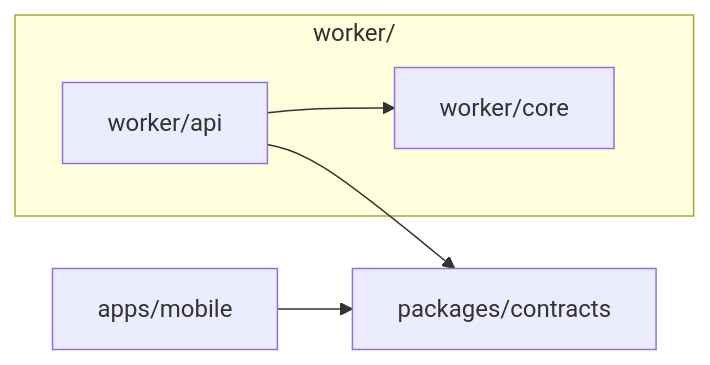
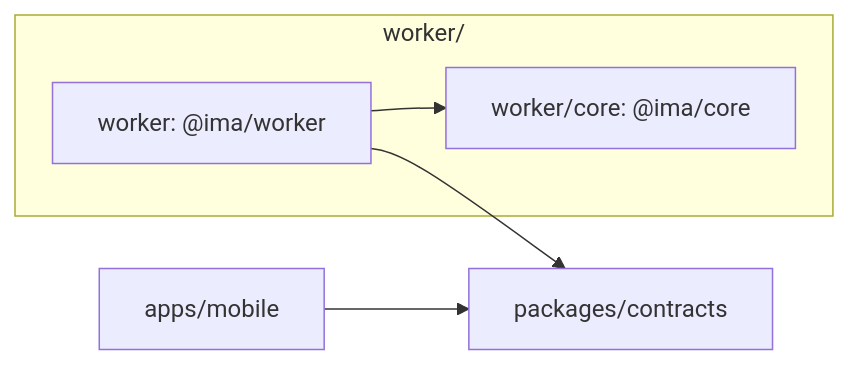
One commit to takapom/ima-app changed the first of 2 diagrams in docs/architecture.md. Above: the diagram before and after it, drawn with Mermaid. The commit also changed other lines of this file and 672 other files, not shown here.

````diff
--- a/docs/architecture.md
+++ b/docs/architecture.md
@@ -7,8 +7,8 @@
 ```mermaid
 flowchart LR
   Mobile[apps/mobile] --> Contracts[packages/contracts]
   subgraph Backend[worker/]
-    Worker[worker/api] --> Core[worker/core]
+    Worker["worker: @ima/worker"] --> Core["worker/core: @ima/core"]
   end
   Worker --> Contracts
 ```
````
